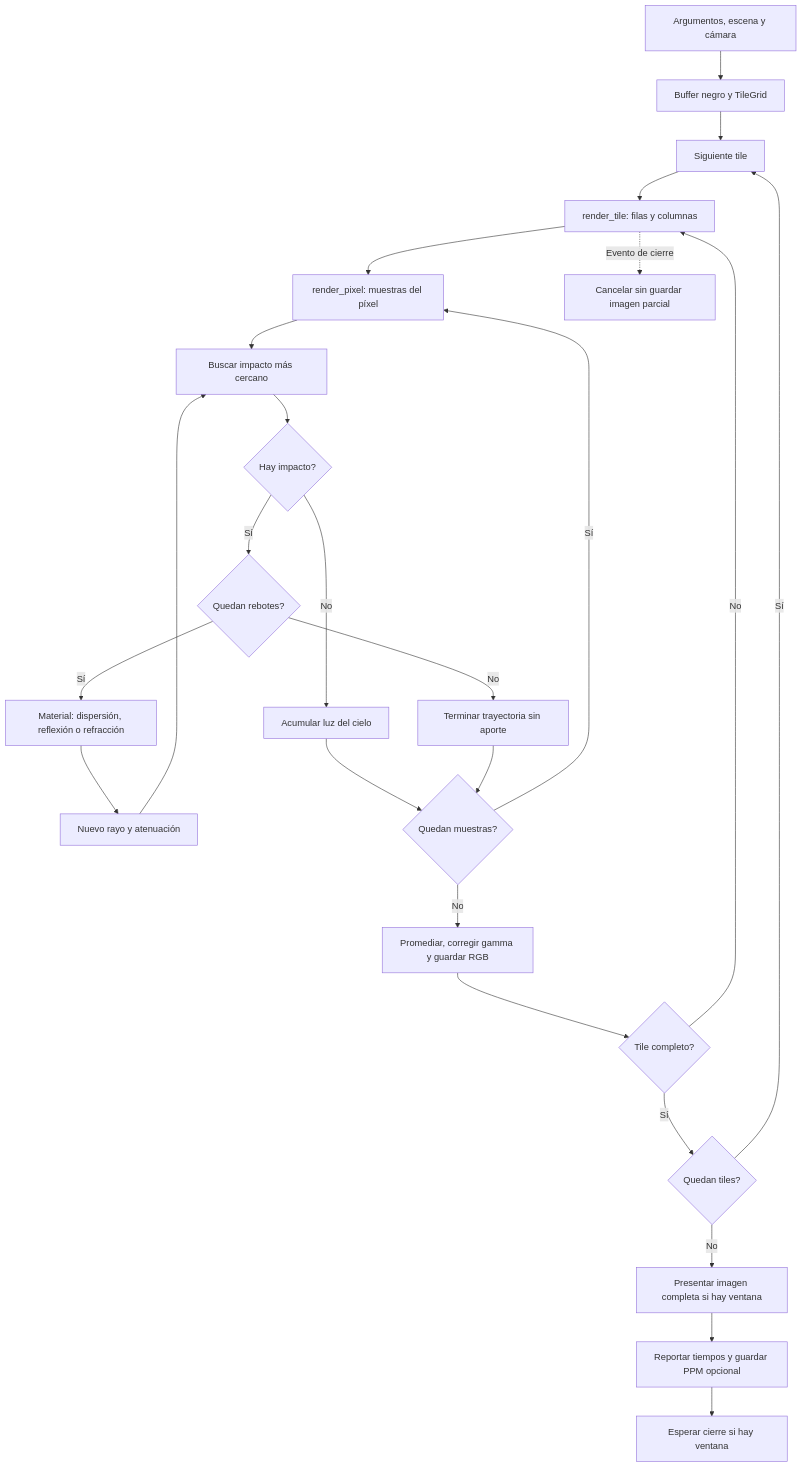
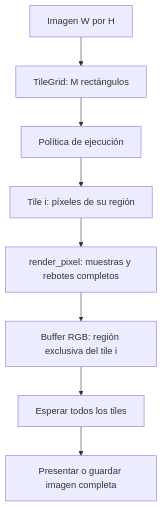
The first of 3 diagrams in ray tracing/docs/diseno.md (Fabbbri/fgonzalez_a2_2026_s2), drawn with Mermaid before and after one commit. The commit also changed other lines of this file and 1 other file, not shown here.

Commit message:
docs: add new documentation and diagrams

````diff
--- a/ray tracing/docs/diseno.md
+++ b/ray tracing/docs/diseno.md
@@ -7,27 +29,10 @@
 ```mermaid
 flowchart TD
-    A[Argumentos, escena y cámara] --> B[Buffer negro y TileGrid]
-    B --> C[Siguiente tile]
-    C --> D[render_tile: filas y columnas]
-    D --> E[render_pixel: muestras del píxel]
-    E --> F[Buscar impacto más cercano]
-    F --> R{Hay impacto?}
-    R -- No --> S[Acumular luz del cielo]
-    R -- Sí --> T{Quedan rebotes?}
-    T -- No --> U[Terminar trayectoria sin aporte]
-    T -- Sí --> G[Material: dispersión, reflexión o refracción]
-    G --> O[Nuevo rayo y atenuación]
-    O --> F
-    S --> Q{Quedan muestras?}
-    U --> Q
-    Q -- Sí --> E
-    Q -- No --> H[Promediar, corregir gamma y guardar RGB]
-    H --> I{Tile completo?}
-    I -- No --> D
-    I -- Sí --> K{Quedan tiles?}
-    K -- Sí --> C
-    K -- No --> J[Presentar imagen completa si hay ventana]
-    J --> L[Reportar tiempos y guardar PPM opcional]
-    L --> M[Esperar cierre si hay ventana]
-    D -. Evento de cierre .-> N[Cancelar sin guardar imagen parcial]
+    A[Imagen W por H] --> B[TileGrid: M rectángulos]
+    B --> C[Política de ejecución]
+    C --> D[Tile i: píxeles de su región]
+    D --> E[render_pixel: muestras y rebotes completos]
+    E --> F[Buffer RGB: región exclusiva del tile i]
+    F --> G[Esperar todos los tiles]
+    G --> H[Presentar o guardar imagen completa]
 ```
````
